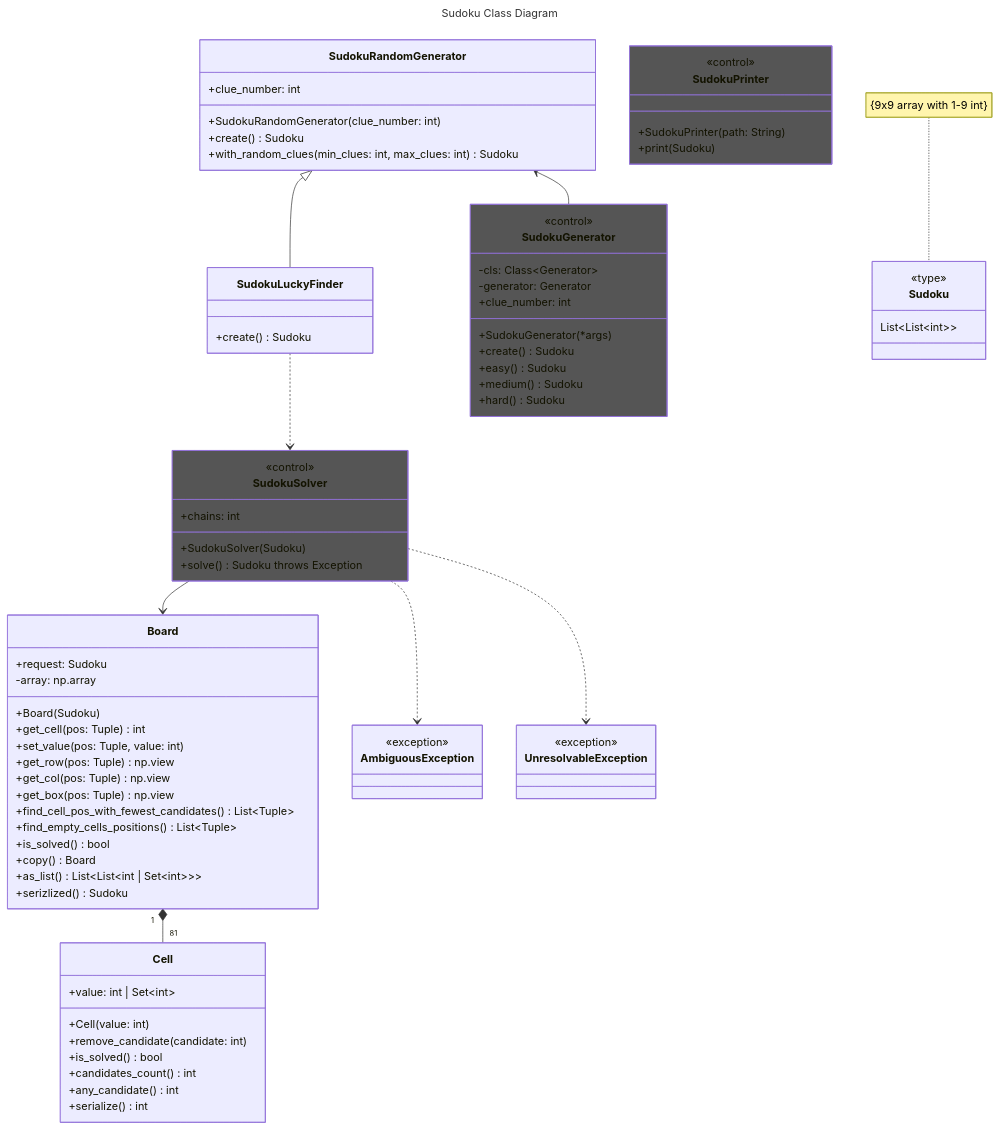
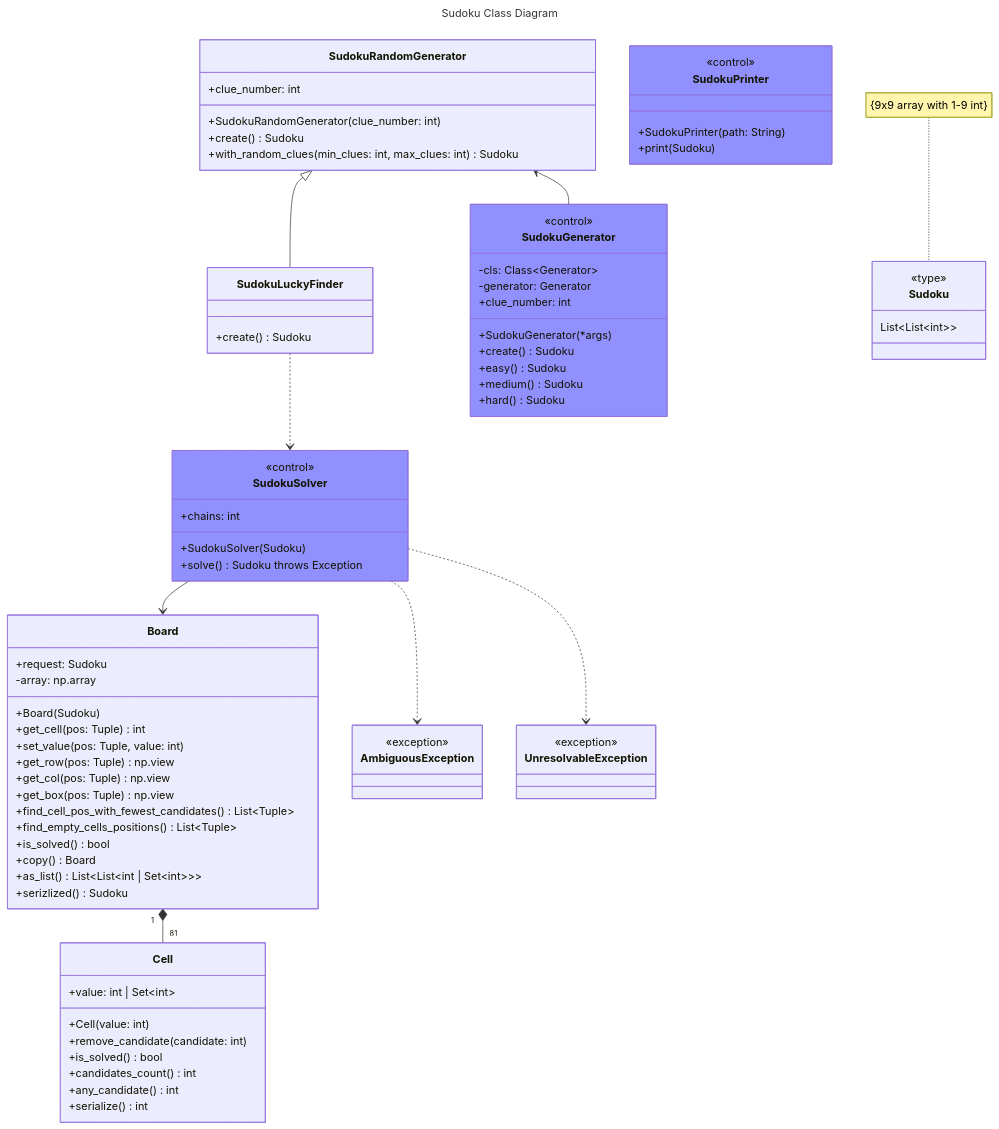
One commit to rk814/sudoku-solver changed the diagram in readme.md. Above: the diagram before and after it, drawn with Mermaid. The commit also changed other lines of this file and 1 other file, not shown here.

Commit message:
minor despription and path changes to setup and readme

```diff
--- a/readme.md
+++ b/readme.md
@@ -82,20 +82,20 @@
         +medium() Sudoku
         +hard() Sudoku
     }
-    style SudokuGenerator fill: #555
+    style SudokuGenerator fill: #9090ff
     class SudokuSolver {
         <<control>>
         +SudokuSolver(Sudoku)
         +chains: int
         +solve() Sudoku throws Exception
     }
-    style SudokuSolver fill: #555
+    style SudokuSolver fill: #9090ff
     class SudokuPrinter {
          <<control>>
         +SudokuPrinter(path: String)
         +print(Sudoku)
     }
-    style SudokuPrinter fill: #555
+    style SudokuPrinter fill: #9090ff
     class AmbiguousException {
         <<exception>>
     }
```
